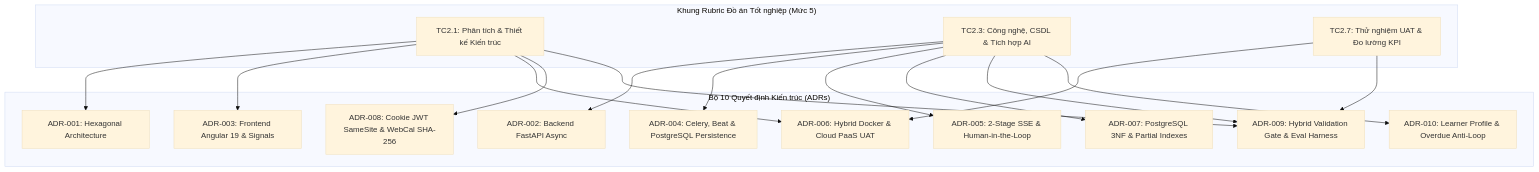
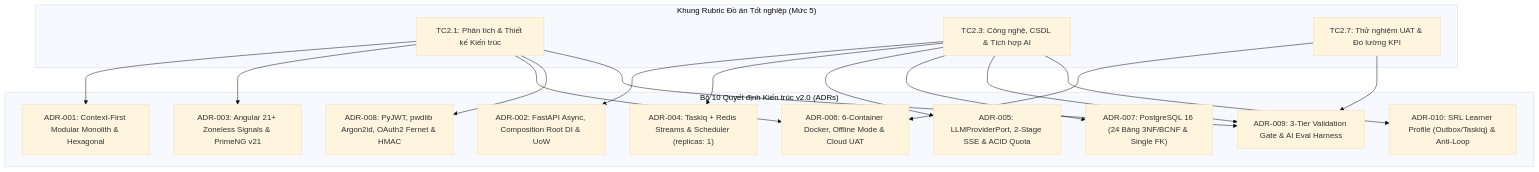
The first of 2 diagrams in docs/decisions/README.md (Coffat/FocusFlow), drawn with Mermaid (base theme) before and after one commit. The commit also changed other lines of this file and 10 other files, not shown here.

Commit message:
docs(adr): update ADR-001 through ADR-010 and index for v2.0 architecture

````diff
--- a/docs/decisions/README.md
+++ b/docs/decisions/README.md
@@ -43,35 +44,35 @@
 ```mermaid
 flowchart TD
     subgraph Rubric["Khung Rubric Đồ án Tốt nghiệp (Mức 5)"]
         TC21["TC2.1: Phân tích & Thiết kế Kiến trúc"]
         TC23["TC2.3: Công nghệ, CSDL & Tích hợp AI"]
         TC27["TC2.7: Thử nghiệm UAT & Đo lường KPI"]
     end
 
-    subgraph ADRs["Bộ 10 Quyết định Kiến trúc (ADRs)"]
-        A1["ADR-001: Hexagonal Architecture"]
-        A2["ADR-002: Backend FastAPI Async"]
-        A3["ADR-003: Frontend Angular 19 & Signals"]
-        A4["ADR-004: Celery, Beat & PostgreSQL Persistence"]
-        A5["ADR-005: 2-Stage SSE & Human-in-the-Loop"]
-        A6["ADR-006: Hybrid Docker & Cloud PaaS UAT"]
-        A7["ADR-007: PostgreSQL 3NF & Partial Indexes"]
-        A8["ADR-008: Cookie JWT SameSite & WebCal SHA-256"]
-        A9["ADR-009: Hybrid Validation Gate & Eval Harness"]
-        A10["ADR-010: Learner Profile & Overdue Anti-Loop"]
+    subgraph ADRs["Bộ 10 Quyết định Kiến trúc v2.0 (ADRs)"]
+        A1["ADR-001: Context-First Modular Monolith & Hexagonal"]
+        A2["ADR-002: FastAPI Async, Composition Root DI & UoW"]
+        A3["ADR-003: Angular 21+ Zoneless Signals & PrimeNG v21"]
+        A4["ADR-004: Taskiq + Redis Streams & Scheduler (replicas: 1)"]
+        A5["ADR-005: LLMProviderPort, 2-Stage SSE & ACID Quota"]
+        A6["ADR-006: 6-Container Docker, Offline Mode & Cloud UAT"]
+        A7["ADR-007: PostgreSQL 16 (24 Bảng 3NF/BCNF & Single FK)"]
+        A8["ADR-008: PyJWT, pwdlib Argon2id, OAuth2 Fernet & HMAC"]
+        A9["ADR-009: 3-Tier Validation Gate & AI Eval Harness"]
+        A10["ADR-010: SRL Learner Profile (Outbox/Taskiq) & Anti-Loop"]
     end
 
     TC21 --> A1
     TC21 --> A3
     TC21 --> A6
     TC21 --> A8
     TC21 --> A9
     TC23 --> A2
     TC23 --> A4
     TC23 --> A5
     TC23 --> A7
     TC23 --> A9
     TC23 --> A10
     TC27 --> A6
     TC27 --> A9
 ```
````
